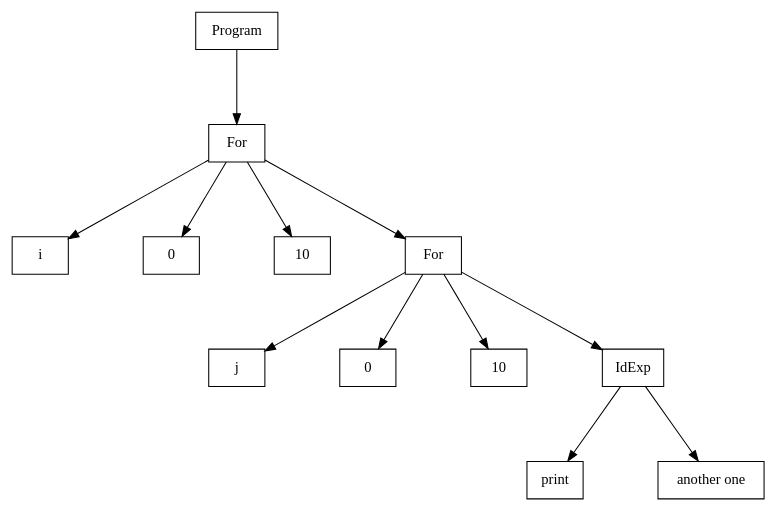
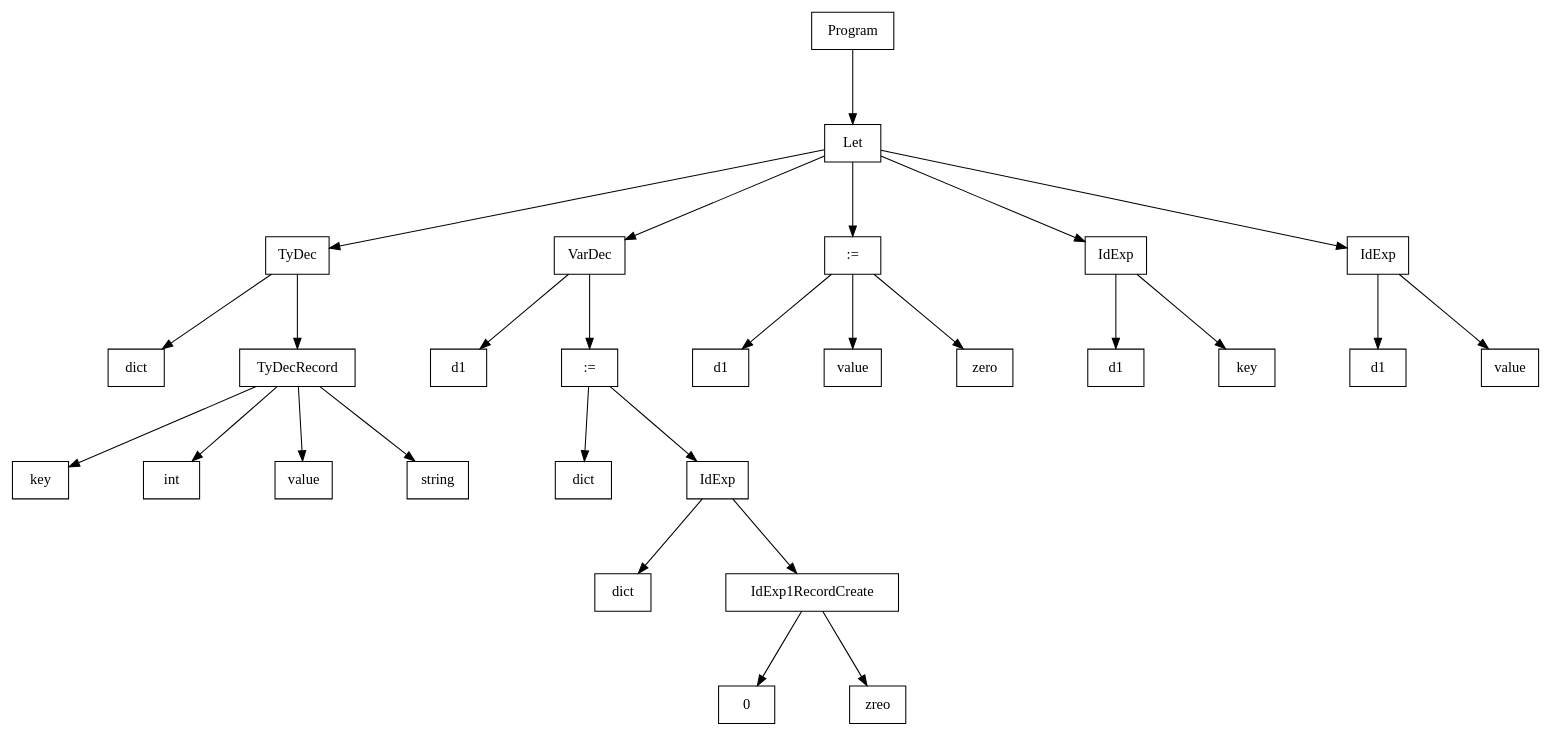
One commit to BigBaz54/Tiger_compiler changed the diagram in out/tree.dot. Above: the diagram before and after it, drawn with Graphviz. The commit also changed 2 other files, not shown here.

```diff
--- a/out/tree.dot
+++ b/out/tree.dot
@@ -1,30 +1,62 @@
 digraph "ast"{
 
 	nodesep=1;
 	ranksep=1;
 
-	N1 [label="For", shape="box"];
-	N2 [label="i", shape="box"];
-	N3 [label="0", shape="box"];
-	N4 [label="10", shape="box"];
-	N5 [label="For", shape="box"];
-	N6 [label="j", shape="box"];
-	N7 [label="0", shape="box"];
-	N8 [label="10", shape="box"];
-	N9 [label="IdExp", shape="box"];
-	N10 [label="print", shape="box"];
-	N11 [label="another one", shape="box"];
+	N1 [label="Let", shape="box"];
+	N2 [label="TyDec", shape="box"];
+	N3 [label="dict", shape="box"];
+	N4 [label="TyDecRecord", shape="box"];
+	N5 [label="key", shape="box"];
+	N6 [label="int", shape="box"];
+	N7 [label="value", shape="box"];
+	N8 [label="string", shape="box"];
+	N9 [label="VarDec", shape="box"];
+	N10 [label="d1", shape="box"];
+	N11 [label=":=", shape="box"];
+	N12 [label="dict", shape="box"];
+	N13 [label="IdExp", shape="box"];
+	N14 [label="dict", shape="box"];
+	N15 [label="IdExp1RecordCreate", shape="box"];
+	N16 [label="0", shape="box"];
+	N17 [label="zreo", shape="box"];
+	N18 [label=":=", shape="box"];
+	N19 [label="d1", shape="box"];
+	N20 [label="value", shape="box"];
+	N21 [label="zero", shape="box"];
+	N22 [label="IdExp", shape="box"];
+	N23 [label="d1", shape="box"];
+	N24 [label="key", shape="box"];
+	N25 [label="IdExp", shape="box"];
+	N26 [label="d1", shape="box"];
+	N27 [label="value", shape="box"];
 	N0 [label="Program", shape="box"];
 
+	N4 -> N5; 
+	N4 -> N6; 
+	N4 -> N7; 
+	N4 -> N8; 
+	N2 -> N3; 
+	N2 -> N4; 
+	N1 -> N2; 
+	N13 -> N14; 
+	N15 -> N16; 
+	N15 -> N17; 
+	N13 -> N15; 
+	N11 -> N12; 
+	N11 -> N13; 
 	N9 -> N10; 
 	N9 -> N11; 
-	N5 -> N6; 
-	N5 -> N7; 
-	N5 -> N8; 
-	N5 -> N9; 
-	N1 -> N2; 
-	N1 -> N3; 
-	N1 -> N4; 
-	N1 -> N5; 
+	N1 -> N9; 
+	N18 -> N19; 
+	N18 -> N20; 
+	N18 -> N21; 
+	N1 -> N18; 
+	N22 -> N23; 
+	N22 -> N24; 
+	N1 -> N22; 
+	N25 -> N26; 
+	N25 -> N27; 
+	N1 -> N25; 
 	N0 -> N1; 
 }
```
